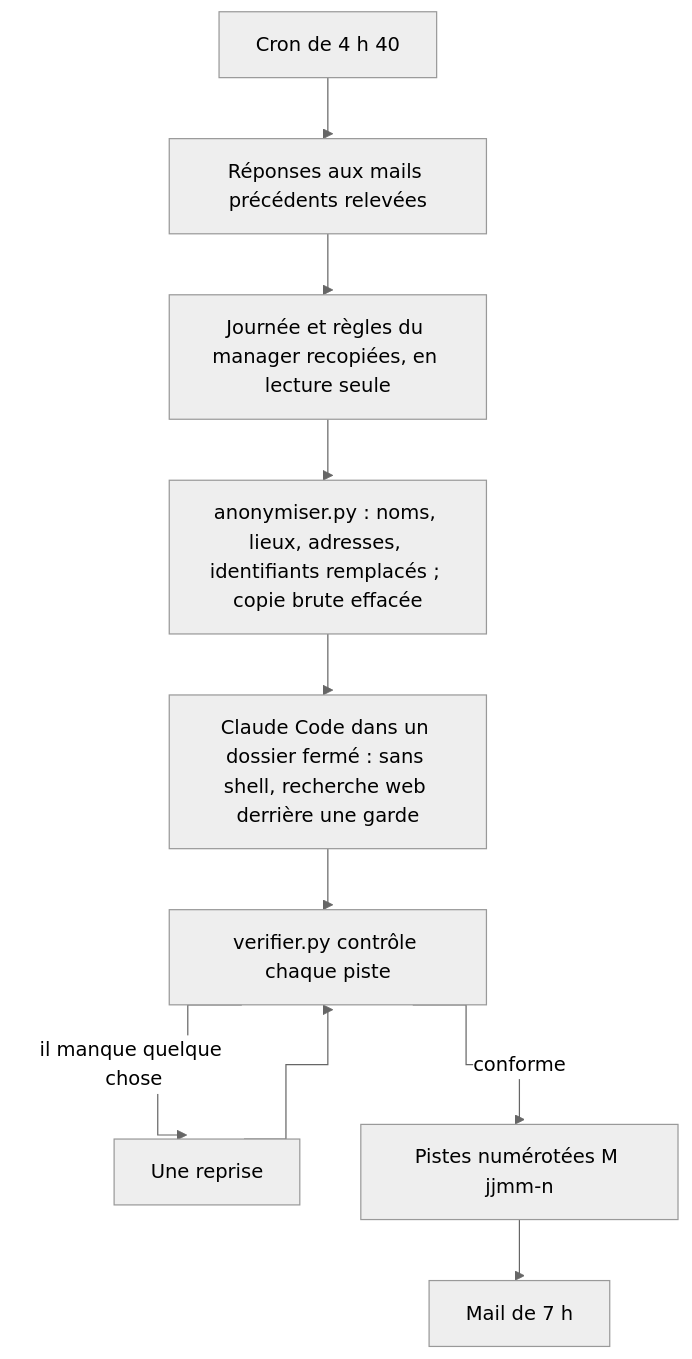
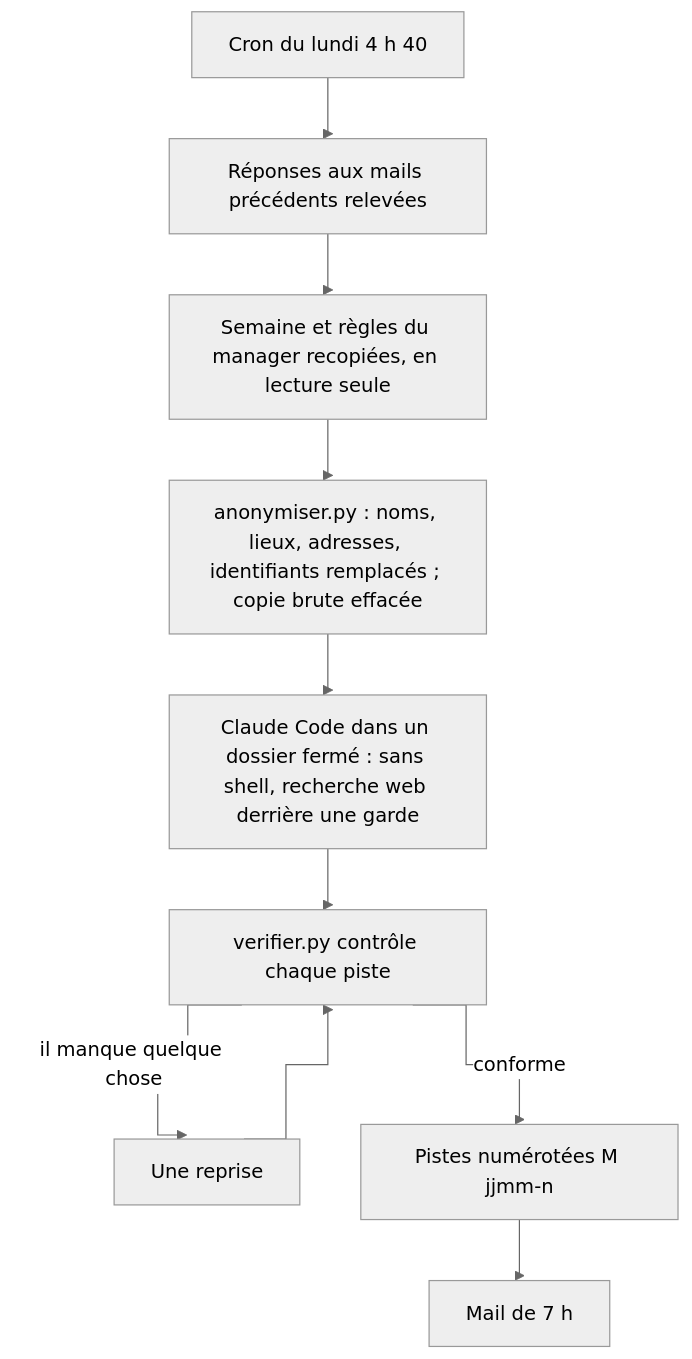
The second of 2 diagrams in README.md (anthohunt/agent-chercheur-management), drawn with Mermaid (neutral theme) before and after one commit. The commit also changed other lines of this file, not shown here.

First line of the commit message:
README : passage chaque lundi sur les 7 derniers jours, plus chaque nuit (Q1511-64)

````diff
--- a/README.md
+++ b/README.md
@@ -138,13 +138,13 @@
 ```mermaid
 %%{init: {"flowchart": {"curve": "step"}}}%%
 flowchart TD
-    A["Cron de 4 h 40"] --> B["Réponses aux mails précédents relevées"]
-    B --> C["Journée et règles du manager recopiées, en lecture seule"]
+    A["Cron du lundi 4 h 40"] --> B["Réponses aux mails précédents relevées"]
+    B --> C["Semaine et règles du manager recopiées, en lecture seule"]
     C --> D["anonymiser.py : noms, lieux, adresses, identifiants remplacés ; copie brute effacée"]
     D --> E["Claude Code dans un dossier fermé : sans shell, recherche web derrière une garde"]
     E --> F["verifier.py contrôle chaque piste"]
     F -->|"il manque quelque chose"| G["Une reprise"]
     G --> F
     F -->|"conforme"| H["Pistes numérotées M jjmm-n"]
     H --> I["Mail de 7 h"]
 ```
````
